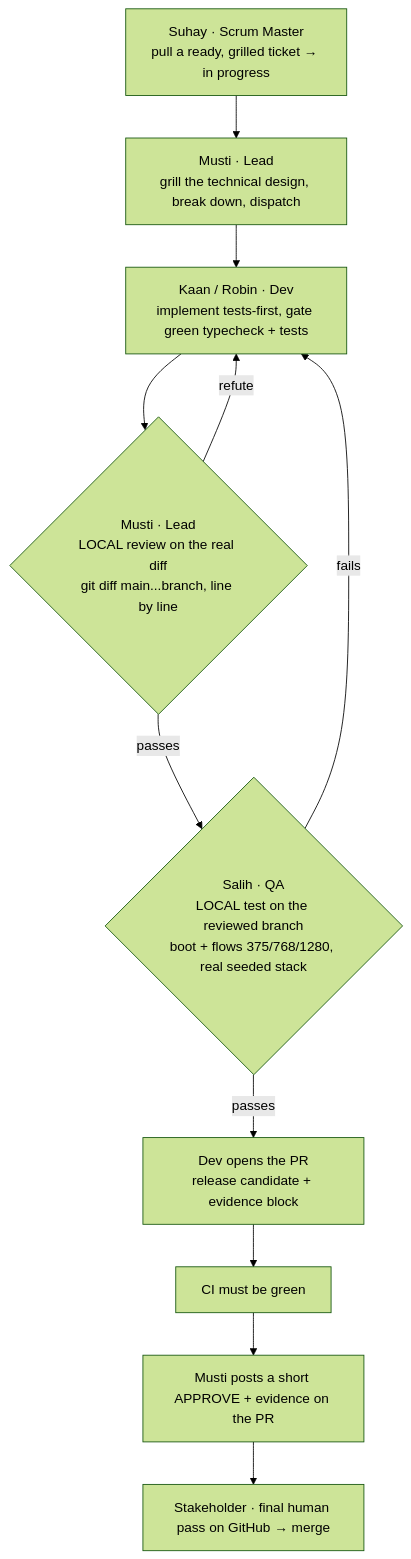
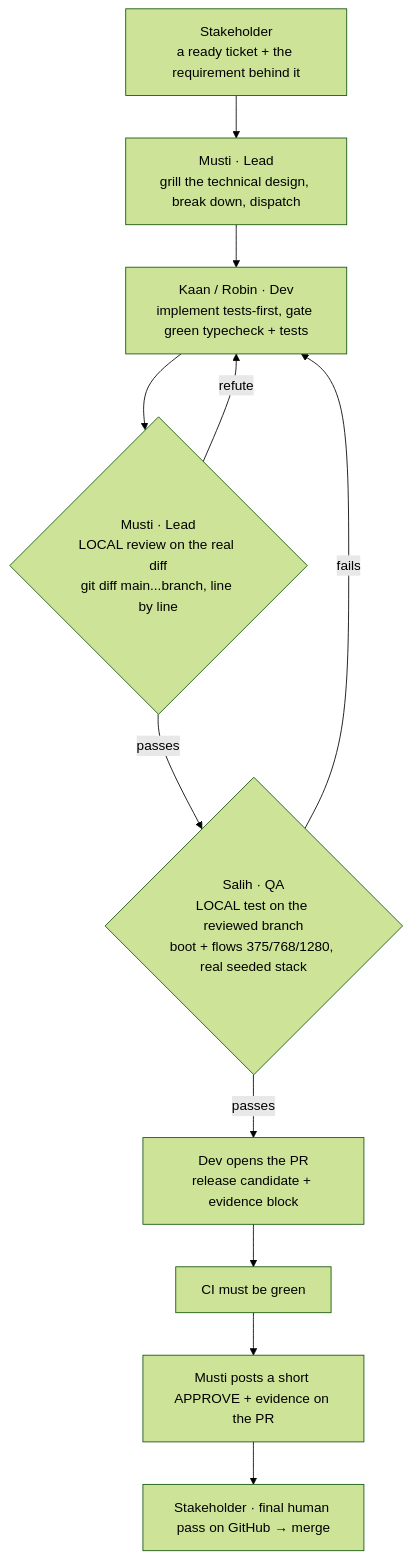
One commit to NexusHero/Steuereule changed the diagram in docs/process/delivery-pipeline.md. Above: the diagram before and after it, drawn with Mermaid (forest theme). The commit also changed other lines of this file and 10 other files, not shown here.

First line of the commit message:
chore(crew): retire the Product Owner and Scrum Master seats (ADR-0016)

````diff
--- a/docs/process/delivery-pipeline.md
+++ b/docs/process/delivery-pipeline.md
@@ -17,13 +17,13 @@
 ```mermaid
 flowchart TD
-    A[Suhay · Scrum Master<br/>pull a ready, grilled ticket → in progress] --> B[Musti · Lead<br/>grill the technical design, break down, dispatch]
+    A[Stakeholder<br/>a ready ticket + the requirement behind it] --> B[Musti · Lead<br/>grill the technical design, break down, dispatch]
     B --> C[Kaan / Robin · Dev<br/>implement tests-first, gate green typecheck + tests]
     C --> D{Musti · Lead<br/>LOCAL review on the real diff<br/>git diff main...branch, line by line}
     D -- refute --> C
     D -- passes --> E{Salih · QA<br/>LOCAL test on the reviewed branch<br/>boot + flows 375/768/1280, real seeded stack}
     E -- fails --> C
     E -- passes --> F[Dev opens the PR<br/>release candidate + evidence block]
     F --> G[CI must be green]
     G --> H[Musti posts a short APPROVE + evidence on the PR]
     H --> I[Stakeholder · final human pass on GitHub → merge]
 ```
````
